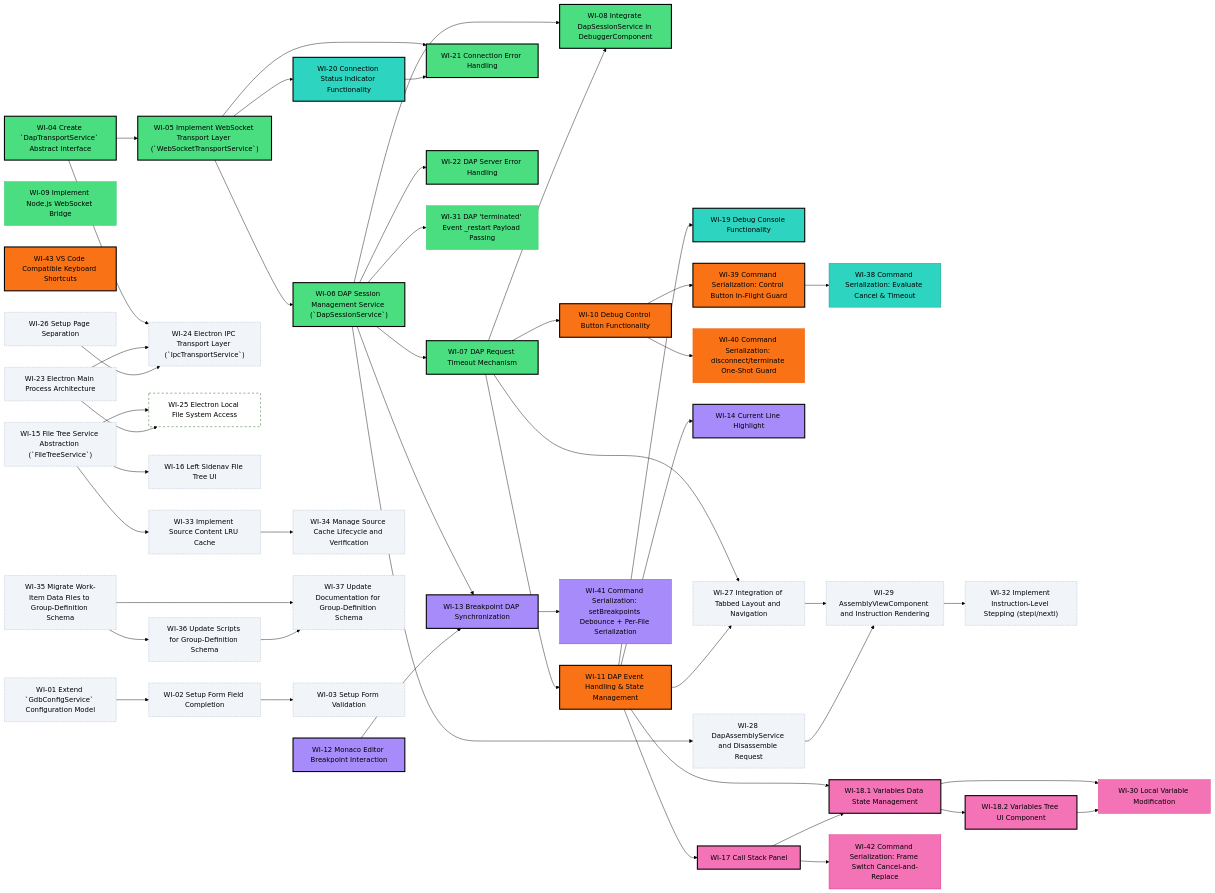
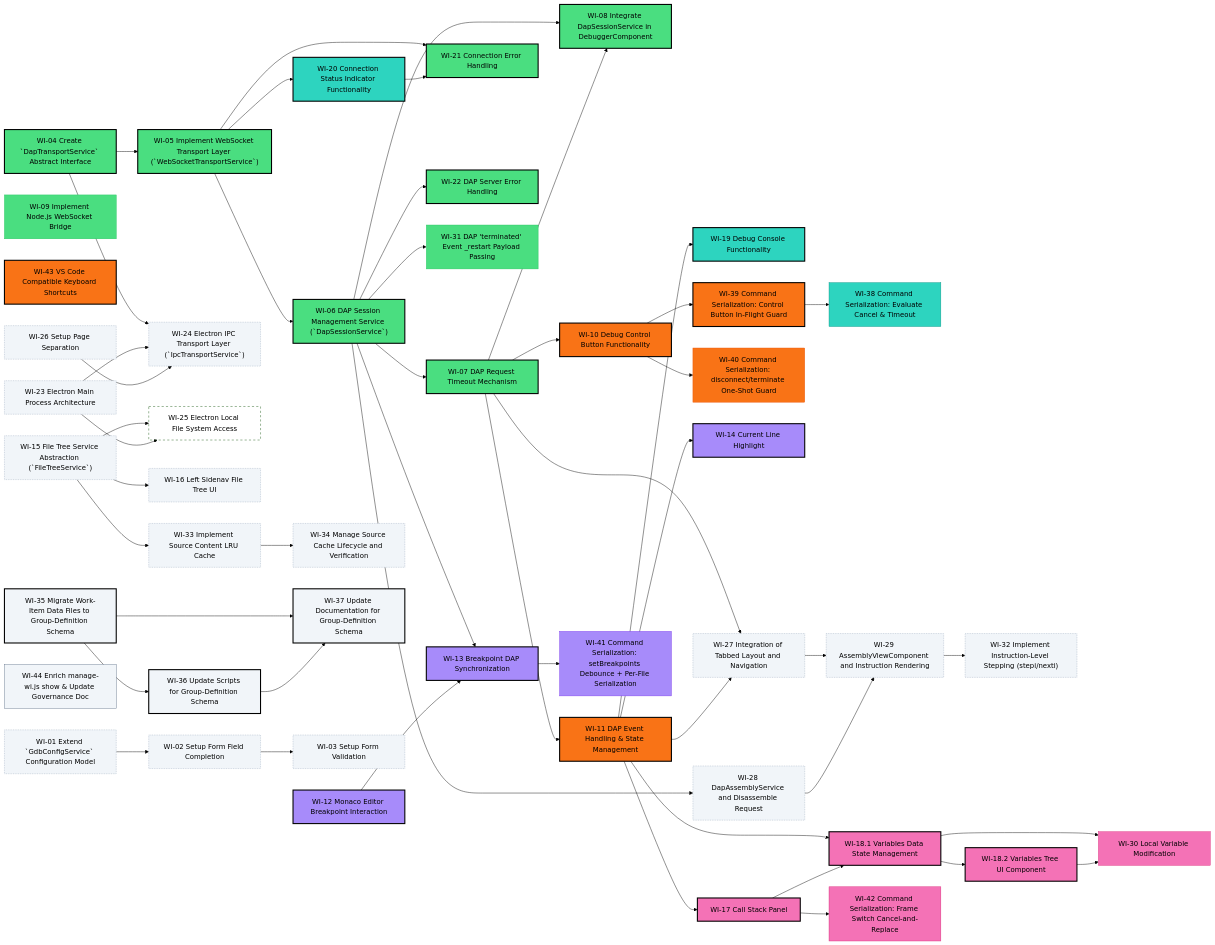
The diagram in docs/project-roadmap.md (tangpo387-arch/taro-debugger), drawn with Mermaid (forest theme) before and after one commit. The commit also changed other lines of this file and 5 other files, not shown here.

Commit message:
feat: extend manage-wi.js show command to include dependency status enrichment and update documentation

```diff
--- a/docs/project-roadmap.md
+++ b/docs/project-roadmap.md
@@ -41,6 +41,7 @@
     WI_35["WI-35 Migrate Work-Item Data Files to Group-Definition Schema"]
     WI_36["WI-36 Update Scripts for Group-Definition Schema"]
     WI_37["WI-37 Update Documentation for Group-Definition Schema"]
+    WI_44["WI-44 Enrich manage-wi.js show & Update Governance Doc"]
     WI_27["WI-27 Integration of Tabbed Layout and Navigation"]
     WI_28["WI-28 DapAssemblyService and Disassemble Request"]
     WI_29["WI-29 AssemblyViewComponent and Instruction Rendering"]
@@ -129,9 +130,10 @@
     style WI_16 fill:#f1f5f9,stroke:#94a3b8,stroke-width:1px,stroke-dasharray:2
     style WI_33 fill:#f1f5f9,stroke:#94a3b8,stroke-width:1px,stroke-dasharray:2
     style WI_34 fill:#f1f5f9,stroke:#94a3b8,stroke-width:1px,stroke-dasharray:2
-    style WI_35 fill:#f1f5f9,stroke:#94a3b8,stroke-width:1px,stroke-dasharray:2
-    style WI_36 fill:#f1f5f9,stroke:#94a3b8,stroke-width:1px,stroke-dasharray:2
-    style WI_37 fill:#f1f5f9,stroke:#94a3b8,stroke-width:1px,stroke-dasharray:2
+    style WI_35 fill:#f1f5f9,stroke:#000,stroke-width:2.5px
+    style WI_36 fill:#f1f5f9,stroke:#000,stroke-width:2.5px
+    style WI_37 fill:#f1f5f9,stroke:#000,stroke-width:2.5px
+    style WI_44 fill:#f1f5f9,stroke:#64748b
     style WI_27 fill:#f1f5f9,stroke:#94a3b8,stroke-width:1px,stroke-dasharray:2
     style WI_28 fill:#f1f5f9,stroke:#94a3b8,stroke-width:1px,stroke-dasharray:2
     style WI_29 fill:#f1f5f9,stroke:#94a3b8,stroke-width:1px,stroke-dasharray:2
```
